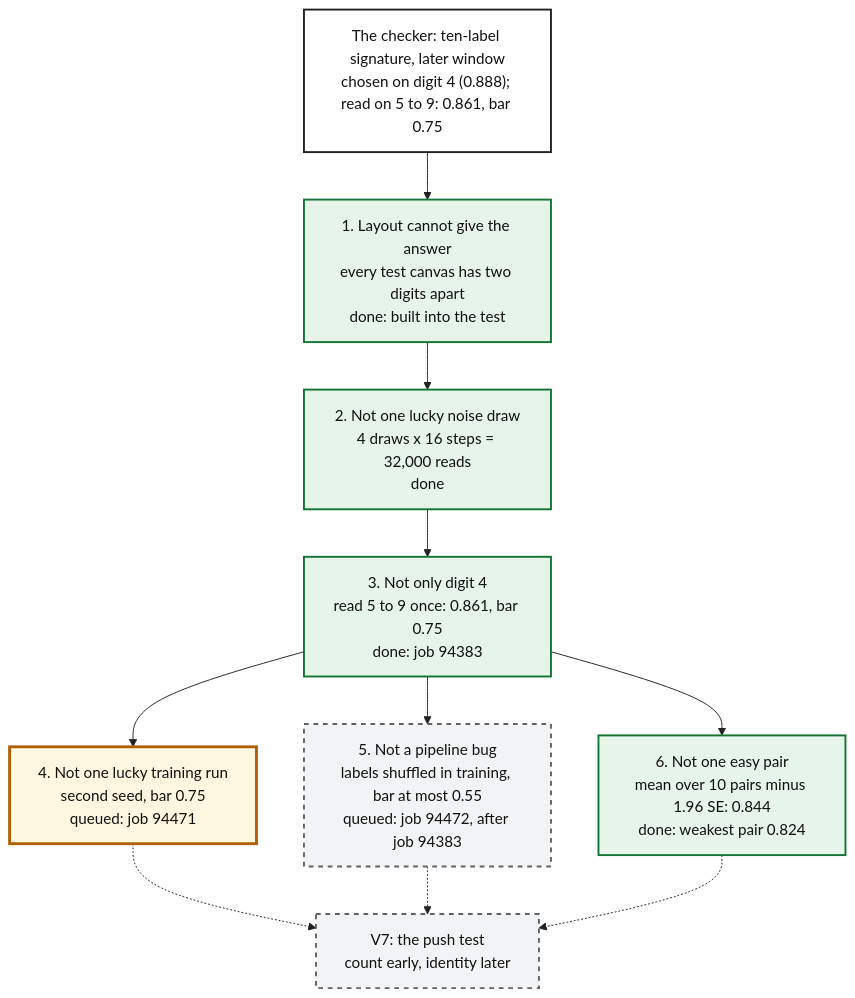
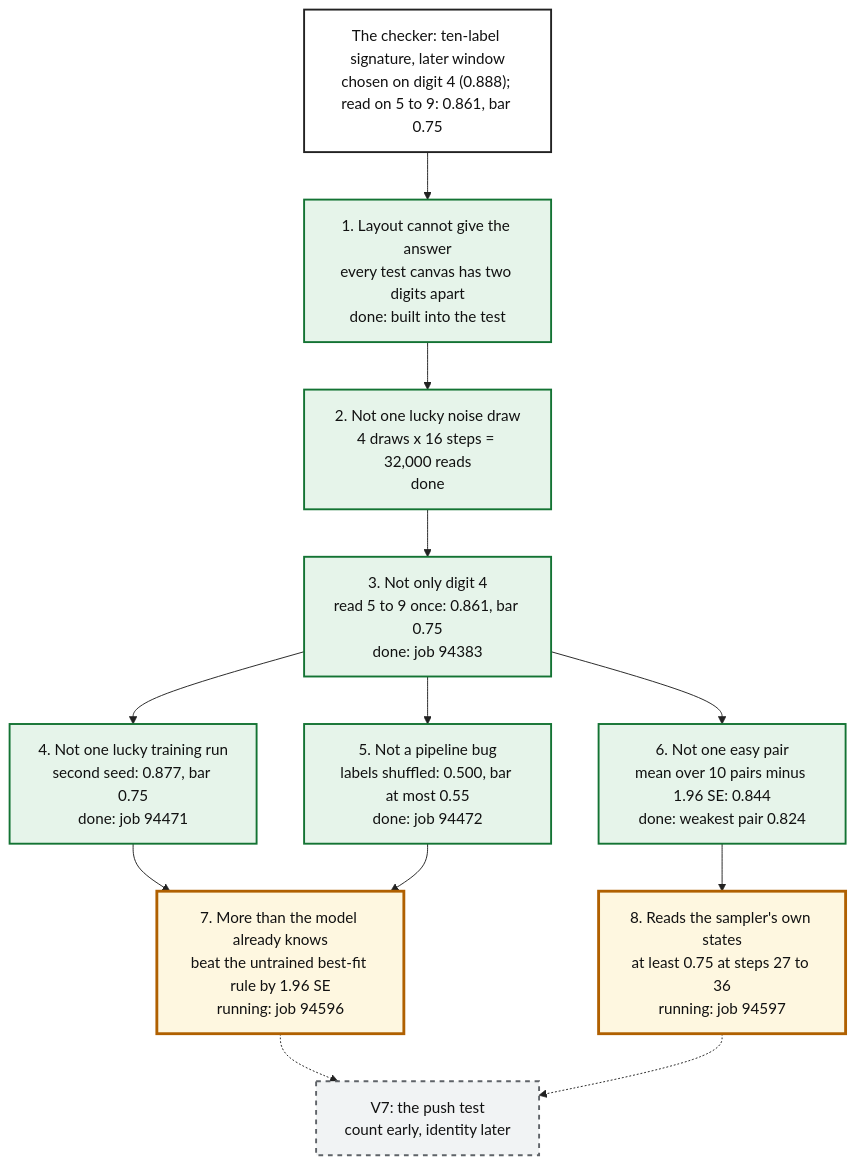
The diagram in artifacts/notes/progress/abstract-checkers/10-reading-identity/robustness-ladder.mmd (mo-rsa24/concept-composition), drawn with Mermaid before and after one commit. The commit also changed 4 other files, not shown here.

Commit message:
V6 robustness: second seed 0.877, shuffled labels 0.500, per-pair lower edge 0.844; all three bars hold

```diff
--- a/artifacts/notes/progress/abstract-checkers/10-reading-identity/robustness-ladder.mmd
+++ b/artifacts/notes/progress/abstract-checkers/10-reading-identity/robustness-ladder.mmd
@@ -1,21 +1,25 @@
 %%{init: {'theme': 'base', 'themeVariables': {'fontFamily': 'monospace', 'primaryColor': '#ffffff', 'primaryBorderColor': '#222222', 'primaryTextColor': '#111111', 'lineColor': '#222222'}}}%%
 flowchart TB
   classDef pass fill:#e6f4ea,stroke:#137333,stroke-width:2px,color:#111111
   classDef run fill:#fef7e0,stroke:#b06000,stroke-width:3px,color:#111111
   classDef wait fill:#f1f3f4,stroke:#5f6368,stroke-width:2px,stroke-dasharray:5 5,color:#111111
   classDef plain fill:#ffffff,stroke:#222222,stroke-width:2px,color:#111111
   C["The checker: ten-label signature, later window<br/>chosen on digit 4 (0.888); read on 5 to 9: 0.861, bar 0.75"]:::plain
   R1["1. Layout cannot give the answer<br/>every test canvas has two digits apart<br/>done: built into the test"]:::pass
   R2["2. Not one lucky noise draw<br/>4 draws x 16 steps = 32,000 reads<br/>done"]:::pass
   R3["3. Not only digit 4<br/>read 5 to 9 once: 0.861, bar 0.75<br/>done: job 94383"]:::pass
-  R4["4. Not one lucky training run<br/>second seed, bar 0.75<br/>queued: job 94471"]:::run
-  R5["5. Not a pipeline bug<br/>labels shuffled in training, bar at most 0.55<br/>queued: job 94472, after job 94383"]:::wait
+  R4["4. Not one lucky training run<br/>second seed: 0.877, bar 0.75<br/>done: job 94471"]:::pass
+  R5["5. Not a pipeline bug<br/>labels shuffled: 0.500, bar at most 0.55<br/>done: job 94472"]:::pass
   R6["6. Not one easy pair<br/>mean over 10 pairs minus 1.96 SE: 0.844<br/>done: weakest pair 0.824"]:::pass
+  B7["7. More than the model already knows<br/>beat the untrained best-fit rule by 1.96 SE<br/>running: job 94596"]:::run
+  S8["8. Reads the sampler's own states<br/>at least 0.75 at steps 27 to 36<br/>running: job 94597"]:::run
   V7["V7: the push test<br/>count early, identity later"]:::wait
   C --> R1 --> R2 --> R3
   R3 --> R4
   R3 --> R5
   R3 --> R6
-  R4 -.-> V7
-  R5 -.-> V7
-  R6 -.-> V7
+  R4 --> B7
+  R5 --> B7
+  R6 --> S8
+  B7 -.-> V7
+  S8 -.-> V7
```
